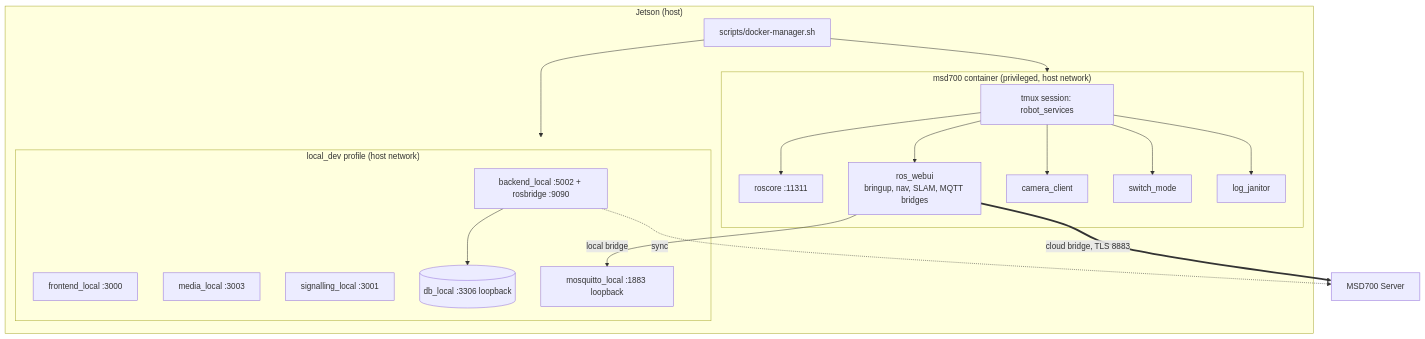
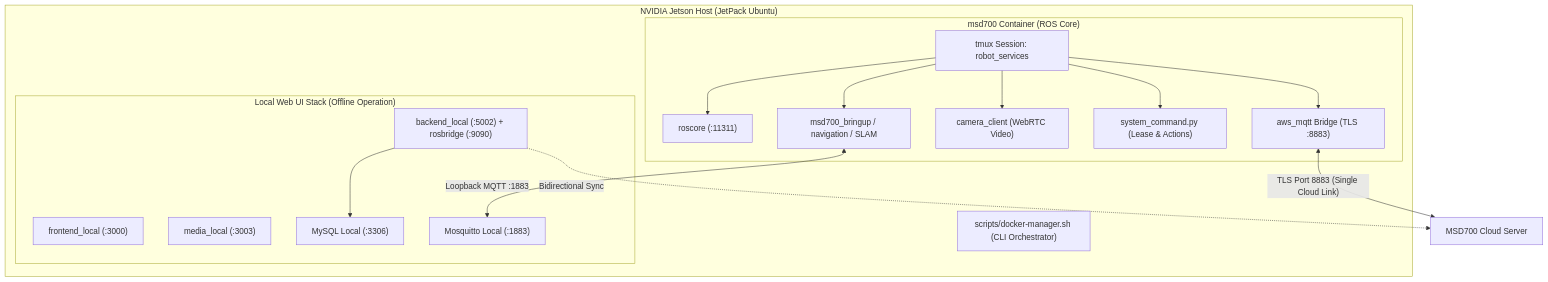
Before and after one commit to itbdelaboprogramming/msd700_documentation: the diagram in docs/setup/unit-setup.md, drawn with Mermaid. The commit also changed other lines of this file and 1 other file, not shown here.

Commit message:
docs: rewrite unit and server setup guides with updated architectural diagrams and refined deployment steps

````diff
--- a/docs/setup/unit-setup.md
+++ b/docs/setup/unit-setup.md
@@ -22,31 +19,28 @@
 ```mermaid
-flowchart TB
-  subgraph JET["Jetson (host)"]
-    DM["scripts/docker-manager.sh"]
+flowchart TD
+  subgraph JetsonHost["NVIDIA Jetson Host (JetPack Ubuntu)"]
+    DM["scripts/docker-manager.sh (CLI Orchestrator)"]
 
-    subgraph ROBOT["msd700 container (privileged, host network)"]
-      TM["tmux session: robot_services"]
-      TM --> W1["roscore :11311"]
-      TM --> W2["ros_webui<br/>bringup, nav, SLAM, MQTT bridges"]
-      TM --> W3["camera_client"]
-      TM --> W4["switch_mode"]
-      TM --> W5["log_janitor"]
+    subgraph RobotContainer["msd700 Container (ROS Core)"]
+      TM["tmux Session: robot_services"]
+      TM --> W1["roscore (:11311)"]
+      TM --> W2["msd700_bringup / navigation / SLAM"]
+      TM --> W3["camera_client (WebRTC Video)"]
+      TM --> W4["system_command.py (Lease & Actions)"]
+      TM --> W5["aws_mqtt Bridge (TLS :8883)"]
     end
 
-    subgraph LOCAL["local_dev profile (host network)"]
-      L1["backend_local :5002 + rosbridge :9090"]
-      L2["frontend_local :3000"]
-      L3["media_local :3003"]
-      L4["signalling_local :3001"]
-      L5[("db_local :3306 loopback")]
-      L6["mosquitto_local :1883 loopback"]
+    subgraph LocalStack["Local Web UI Stack (Offline Operation)"]
+      L1["backend_local (:5002) + rosbridge (:9090)"]
+      L2["frontend_local (:3000)"]
+      L3["media_local (:3003)"]
+      L4["MySQL Local (:3306)"]
+      L5["Mosquitto Local (:1883)"]
     end
   end
 
-  DM --> ROBOT
-  DM --> LOCAL
-  W2 -->|"local bridge"| L6
-  W2 ==>|"cloud bridge, TLS 8883"| CLOUD["MSD700 Server"]
-  L1 --> L5
-  L1 -.->|"sync"| CLOUD
+  W5 <-->|"TLS Port 8883 (Single Cloud Link)"| CLOUD["MSD700 Cloud Server"]
+  W2 <-->|"Loopback MQTT :1883"| L5
+  L1 --> L4
+  L1 -.->|"Bidirectional Sync"| CLOUD
 ```
````
